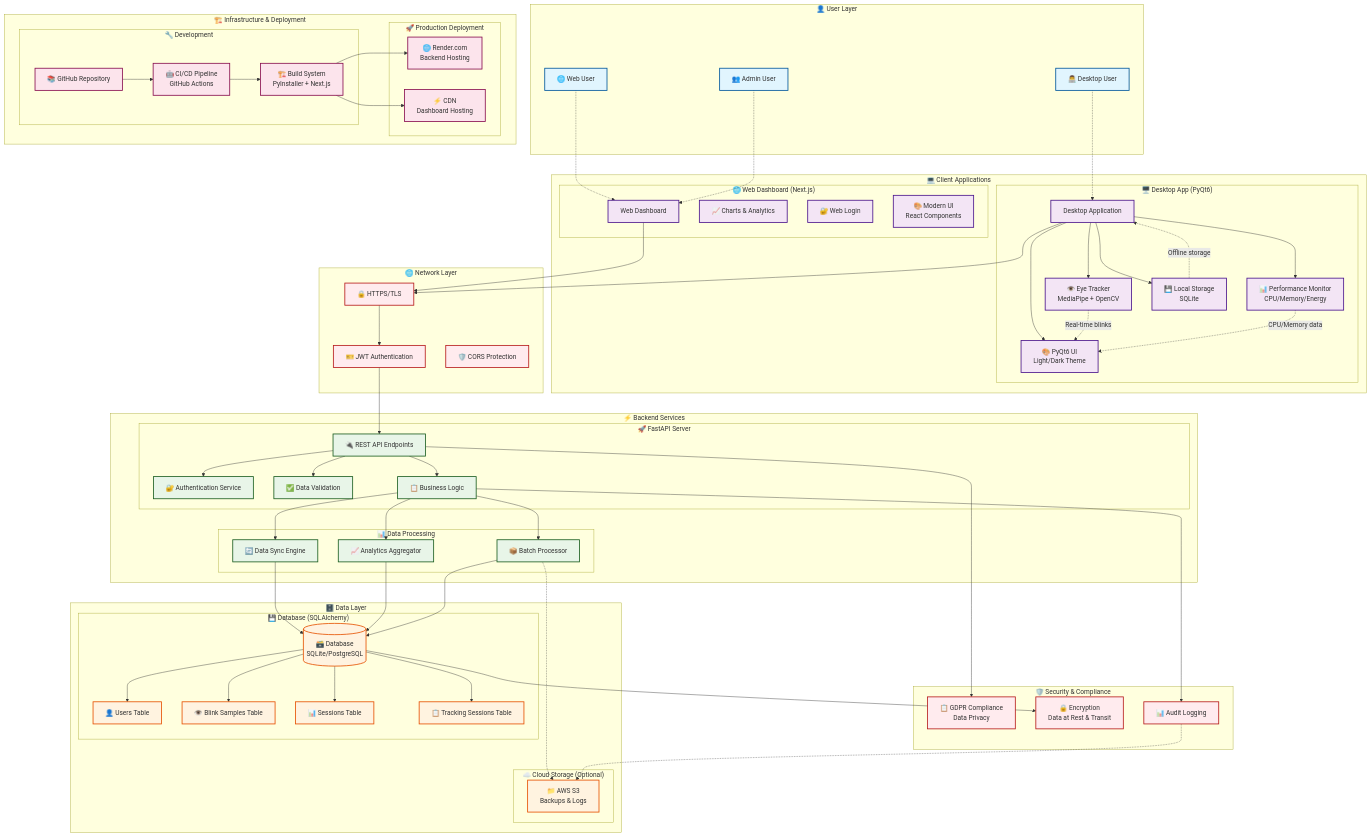
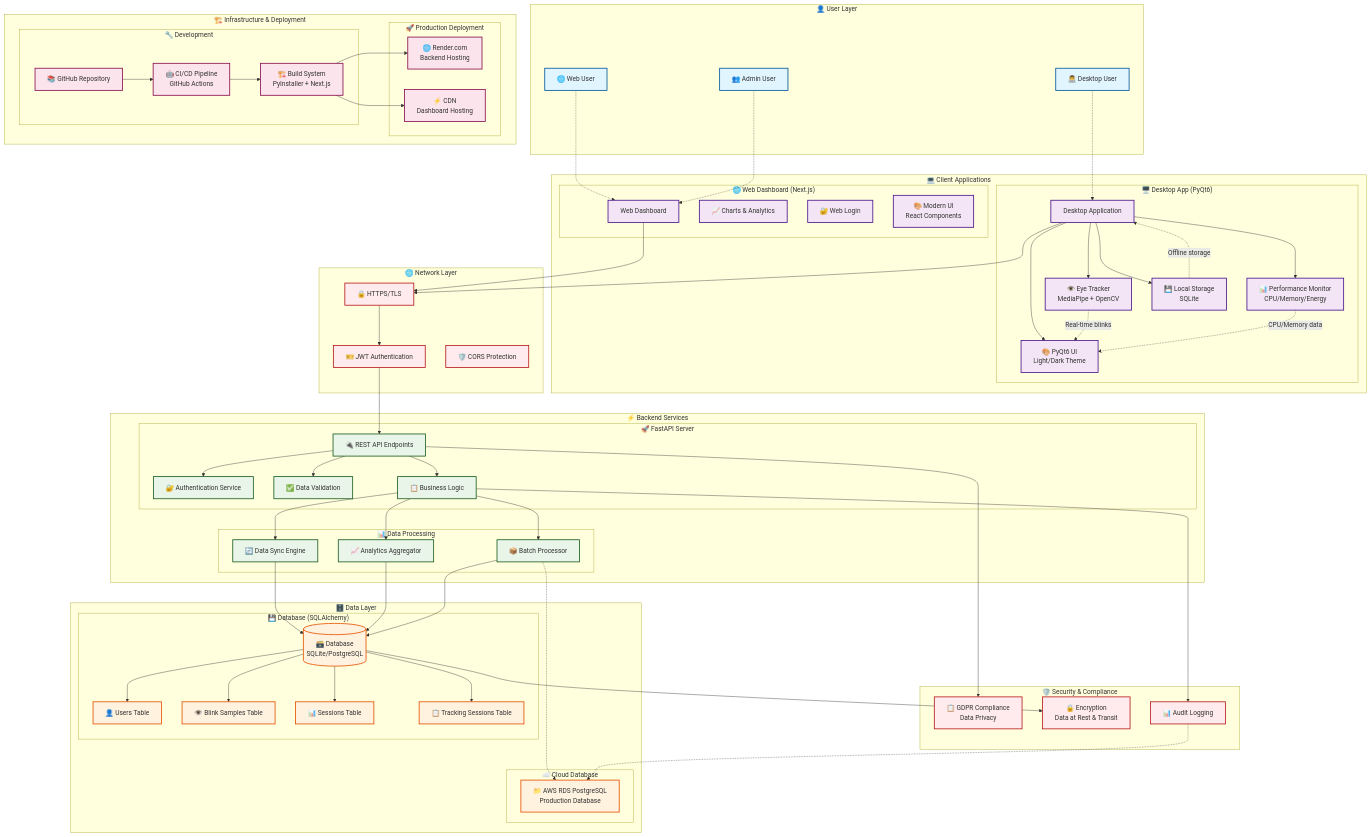
The diagram in docs/architecture-diagram.md (nalotiavaibhav/blink-tracker), drawn with Mermaid before and after one commit. The commit also changed other lines of this file and 2 other files, not shown here.

````diff
--- a/docs/architecture-diagram.md
+++ b/docs/architecture-diagram.md
@@ -62,8 +62,8 @@
             TBL4[📋 Tracking Sessions Table]
         end
         
-        subgraph "☁️ Cloud Storage (Optional)"
-            S3[📁 AWS S3<br/>Backups & Logs]
+        subgraph "☁️ Cloud Database"
+            RDS[📁 AWS RDS PostgreSQL<br/>Production Database]
         end
     end
 
@@ -127,8 +127,8 @@
     DB --> TBL4
 
     %% Cloud Integration
-    BATCH -.-> S3
-    AUDIT -.-> S3
+    BATCH -.-> RDS
+    AUDIT -.-> RDS
 
     %% Development & Deployment
     GH --> CI
@@ -152,7 +152,7 @@
     class U1,U2,U3 userClass
     class DA,ET,PM,LS,UI,WD,WC,WL,WU appClass
     class API,AUTH,VALID,BL,SYNC,AGG,BATCH backendClass
-    class DB,TBL1,TBL2,TBL3,TBL4,S3 dataClass
+    class DB,TBL1,TBL2,TBL3,TBL4,RDS dataClass
     class RENDER,CDN,GH,CI,BUILD infraClass
     class GDPR,ENC,AUDIT,HTTPS,JWT,CORS securityClass
 ```
````
